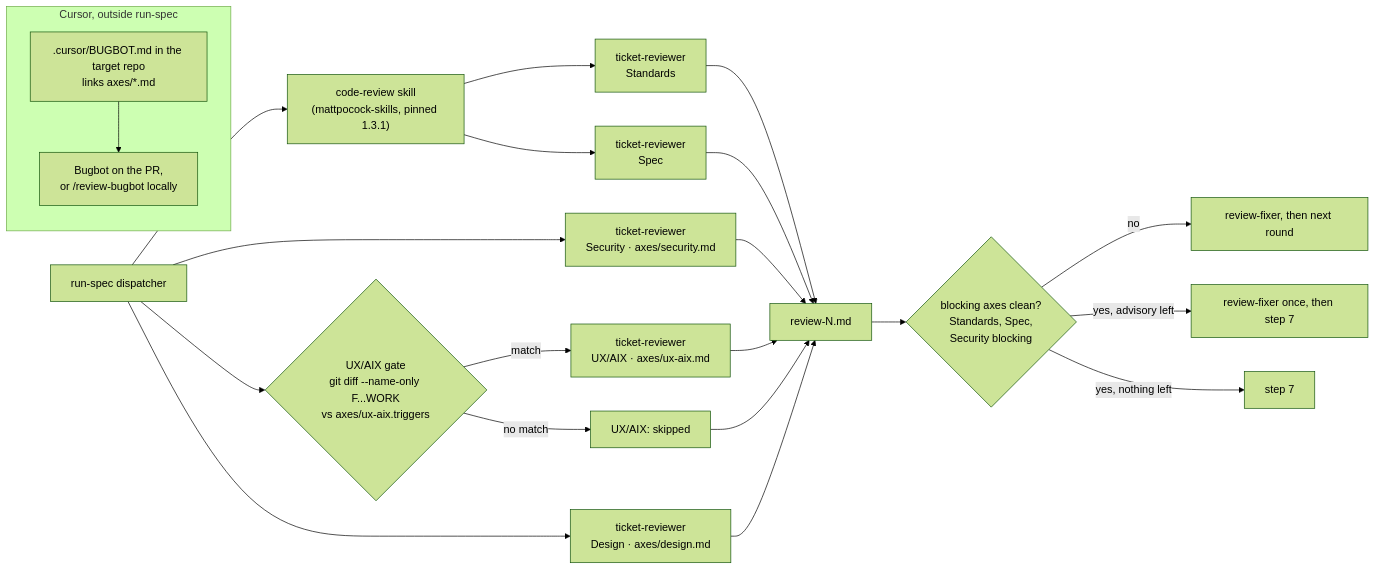
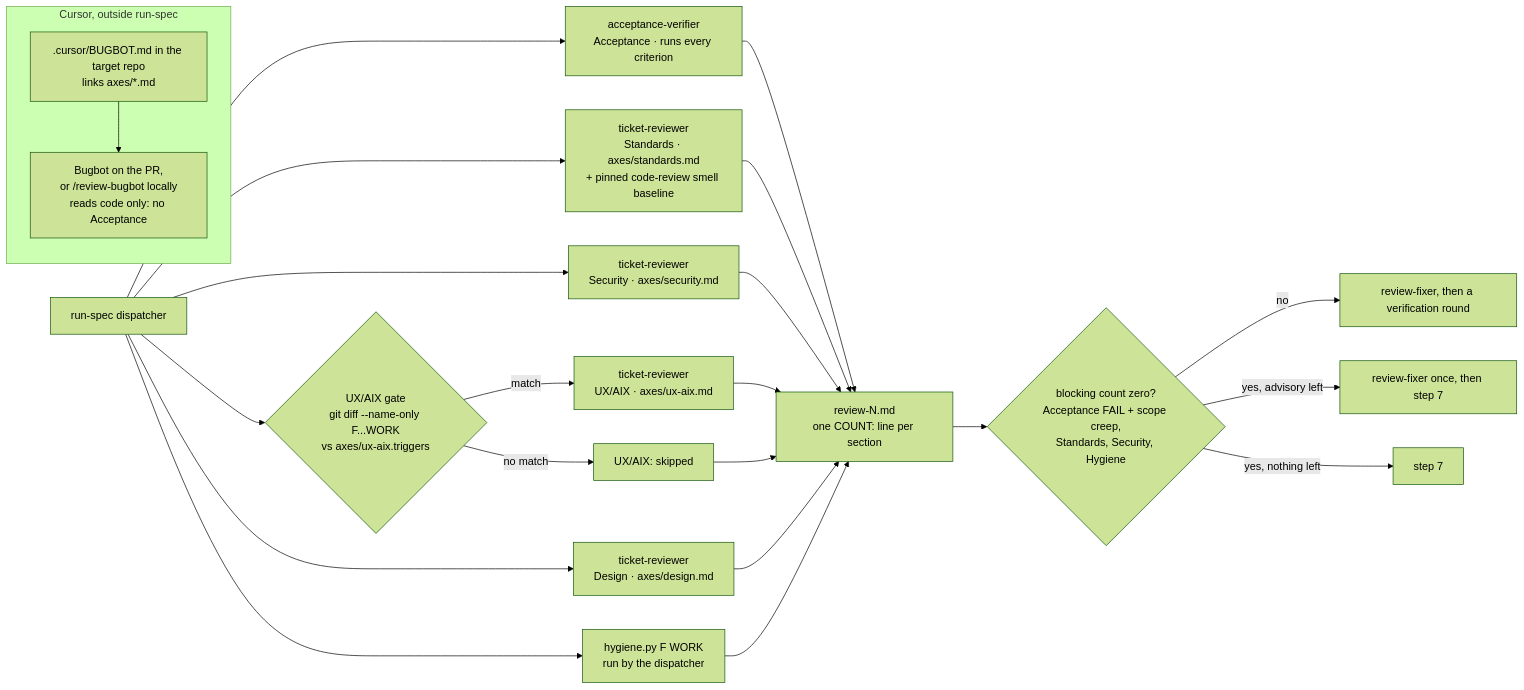
Before and after one commit to rodrigorjsf/ai-study-library: the second of 2 diagrams in ai/skills/run-spec/README.md, drawn with Mermaid (forest theme). The commit also changed other lines of this file and 18 other files, not shown here.

First line of the commit message:
feat(run-spec): acceptance axis, hygiene gate, ticket report, handoffs in STATE

````diff
--- a/ai/skills/run-spec/README.md
+++ b/ai/skills/run-spec/README.md
@@ -39,21 +45,20 @@
 ```mermaid
 flowchart LR
-    G{"UX/AIX gate<br/>git diff --name-only F...WORK<br/>vs axes/ux-aix.triggers"}
-    CR["code-review skill<br/>(mattpocock-skills, pinned 1.3.1)"]
-    CR --> STD["ticket-reviewer<br/>Standards"]
-    CR --> SPC["ticket-reviewer<br/>Spec"]
-    D["run-spec dispatcher"] --> CR
+    D["run-spec dispatcher"]
+    D --> ACC["acceptance-verifier<br/>Acceptance · runs every criterion"]
+    D --> STD["ticket-reviewer<br/>Standards · axes/standards.md<br/>+ pinned code-review smell baseline"]
     D --> SEC["ticket-reviewer<br/>Security · axes/security.md"]
-    D --> G
+    D --> G{"UX/AIX gate<br/>git diff --name-only F...WORK<br/>vs axes/ux-aix.triggers"}
     G -- match --> UX["ticket-reviewer<br/>UX/AIX · axes/ux-aix.md"]
     G -- no match --> SKIP["UX/AIX: skipped"]
     D --> DES["ticket-reviewer<br/>Design · axes/design.md"]
-    STD & SPC & SEC & UX & SKIP & DES --> R["review-N.md"]
-    R --> RT{"blocking axes clean?<br/>Standards, Spec,<br/>Security blocking"}
-    RT -- "no" --> FX["review-fixer, then next round"]
+    D --> HY["hygiene.py F WORK<br/>run by the dispatcher"]
+    ACC & STD & SEC & UX & SKIP & DES & HY --> R["review-N.md<br/>one COUNT: line per section"]
+    R --> RT{"blocking count zero?<br/>Acceptance FAIL + scope creep,<br/>Standards, Security, Hygiene"}
+    RT -- "no" --> FX["review-fixer, then a verification round"]
     RT -- "yes, advisory left" --> FX1["review-fixer once, then step 7"]
     RT -- "yes, nothing left" --> S7["step 7"]
     subgraph CURSOR ["Cursor, outside run-spec"]
-        BB[".cursor/BUGBOT.md in the target repo<br/>links axes/*.md"] --> BOT["Bugbot on the PR,<br/>or /review-bugbot locally"]
+        BB[".cursor/BUGBOT.md in the target repo<br/>links axes/*.md"] --> BOT["Bugbot on the PR,<br/>or /review-bugbot locally<br/>reads code only: no Acceptance"]
     end
 ```
````
